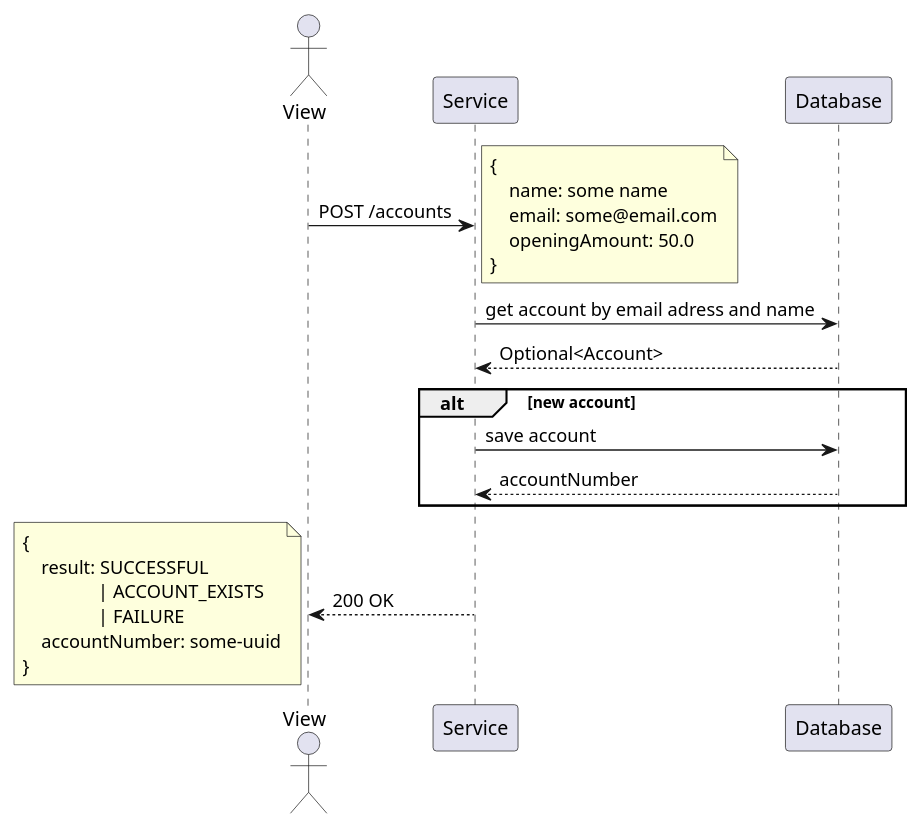
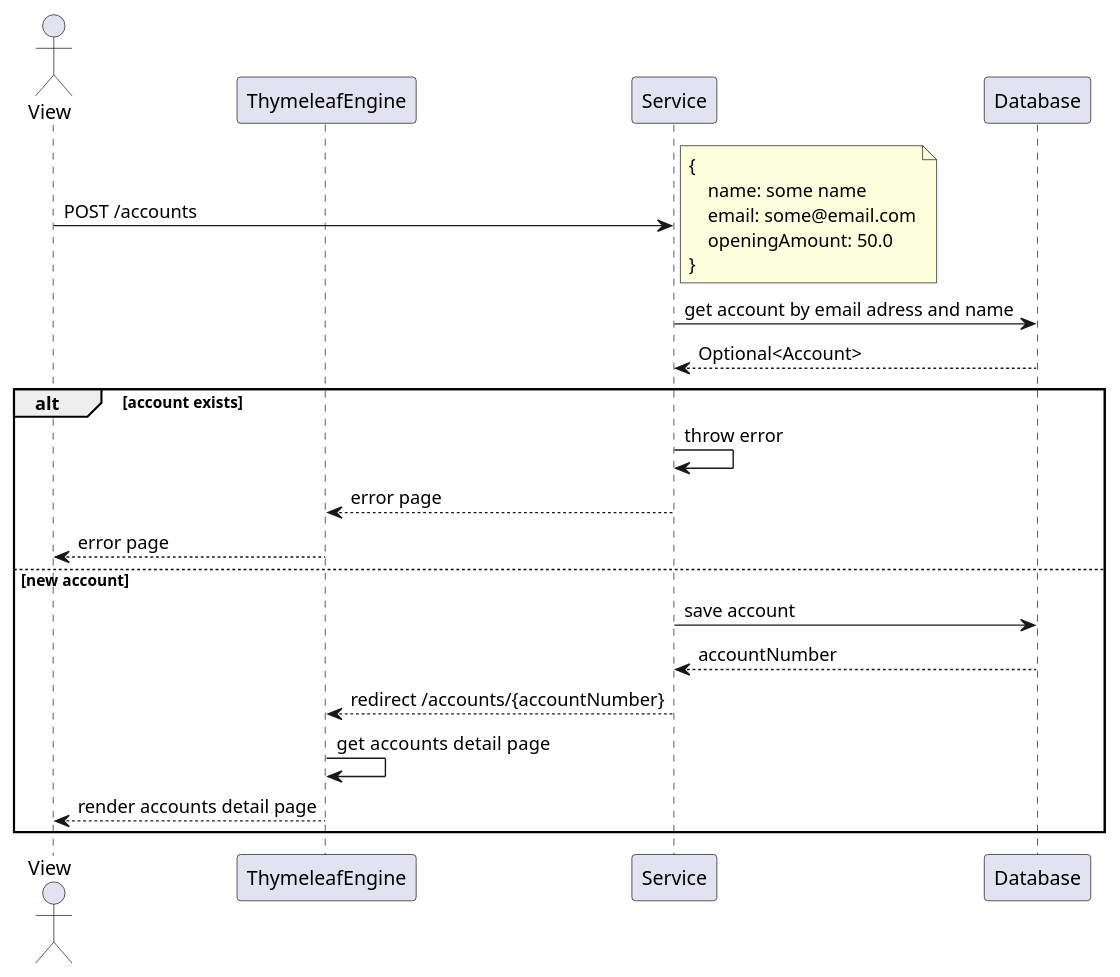
The diagram in documentation/sequence-diagrams/post-accounts.puml (driekeerJ/transaction-service), drawn with PlantUML before and after one commit. The commit also changed 11 other files, not shown here.

Commit message:
added transaction tests and updated diagrams

```diff
--- a/documentation/sequence-diagrams/post-accounts.puml
+++ b/documentation/sequence-diagrams/post-accounts.puml
@@ -1,29 +1,28 @@
 @startuml
 actor View as F
+participant ThymeleafEngine as T
 participant Service as S
 participant Database as DB
 
 F -> S: POST /accounts
 note right
 {
     name: some name
     email: some@email.com
     openingAmount: 50.0
 }
 end note
 S -> DB: get account by email adress and name
 DB --> S: Optional<Account>
-alt new account
+alt account exists
+    S -> S: throw error
+    S --> T: error page
+    T --> F: error page
+else new account
 S -> DB: save account
 DB --> S: accountNumber
+S --> T: redirect /accounts/{accountNumber}
+T -> T: get  accounts detail page
+T --> F: render accounts detail page
 end
-S --> F: 200 OK
-note left
-{
-    result: SUCCESSFUL
-                | ACCOUNT_EXISTS
-                | FAILURE
-    accountNumber: some-uuid
-}
-end note
 @enduml
```
